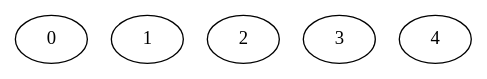
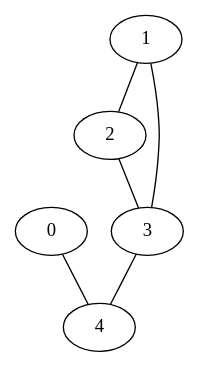
Before and after one commit to sahanasai11/MarketMaven: the diagram in MarketMaven/test.dot, drawn with Graphviz. The commit also changed 3 other files, not shown here.

```diff
--- a/MarketMaven/test.dot
+++ b/MarketMaven/test.dot
@@ -1,7 +1,7 @@
 strict graph "" {
-	0;
-	1;
-	2;
-	3;
-	4;
+	0 -- 4;
+	1 -- 2;
+	1 -- 3;
+	2 -- 3;
+	3 -- 4;
 }
```
